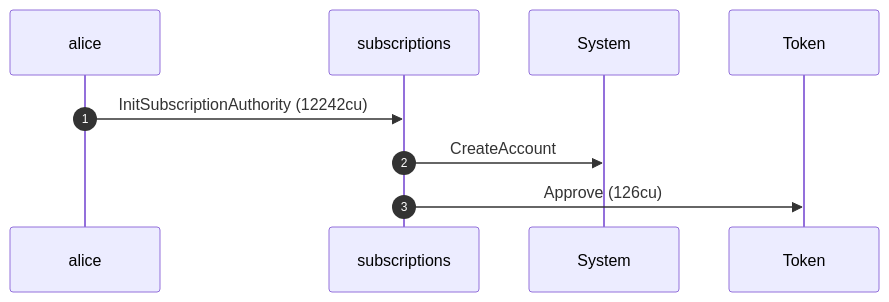
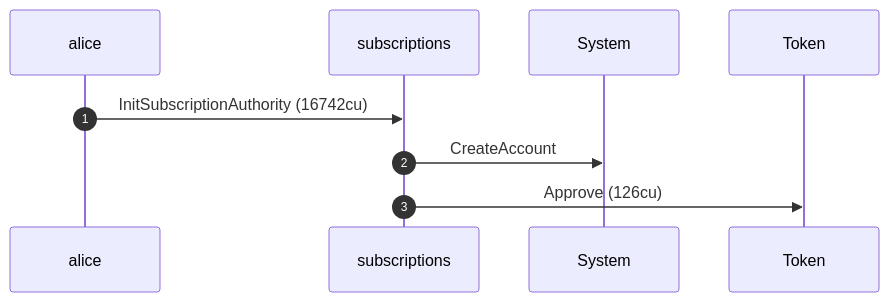
Before and after one commit to cds-rs/subscriptions: the first of 12 diagrams in dsl_tests/a-sponsor-cannot-revoke-within-the-drift-window.md, drawn with Mermaid. The commit also changed other lines of this file and 224 other files, not shown here.

````diff
--- a/dsl_tests/a-sponsor-cannot-revoke-within-the-drift-window.md
+++ b/dsl_tests/a-sponsor-cannot-revoke-within-the-drift-window.md
@@ -22,11 +23,11 @@
 ```mermaid
 sequenceDiagram
     autonumber
     participant alice
     participant subscriptions
     participant System
     participant Token
-    alice ->> subscriptions: InitSubscriptionAuthority (12242cu)
+    alice ->> subscriptions: InitSubscriptionAuthority (16742cu)
     subscriptions ->> System: CreateAccount
     subscriptions ->> Token: Approve (126cu)
 ```
````
